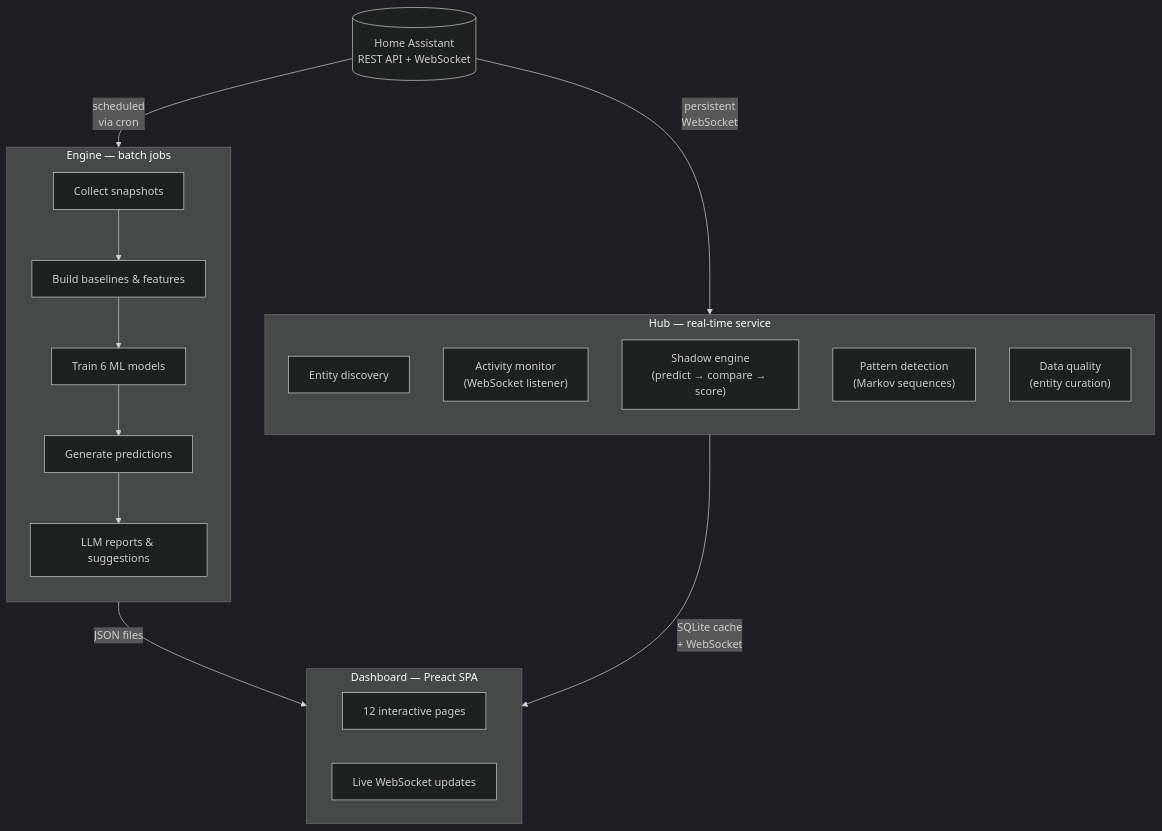
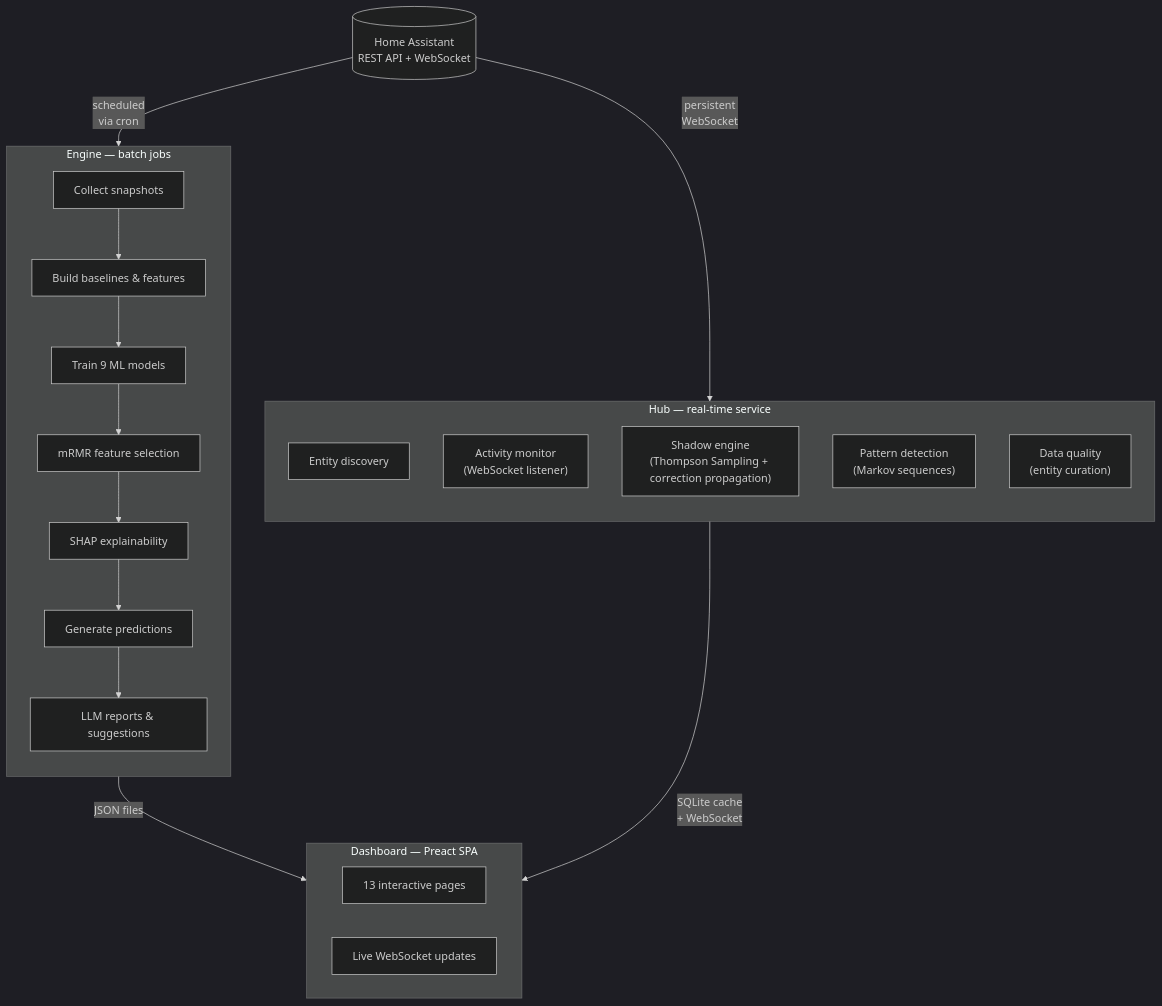
One commit to parthalon025/ha-aria changed the first of 2 diagrams in README.md. Above: the diagram before and after it, drawn with Mermaid (dark theme). The commit also changed other lines of this file and 1 other file, not shown here.

````diff
--- a/README.md
+++ b/README.md
@@ -125,33 +130,35 @@
 ```mermaid
 flowchart TB
     HA[("Home Assistant\nREST API + WebSocket")]
 
     subgraph Engine ["Engine — batch jobs"]
         direction TB
         E1["Collect snapshots"]
         E2["Build baselines & features"]
-        E3["Train 6 ML models"]
+        E3["Train 9 ML models"]
+        E3a["mRMR feature selection"]
+        E3b["SHAP explainability"]
         E4["Generate predictions"]
         E5["LLM reports & suggestions"]
-        E1 --> E2 --> E3 --> E4 --> E5
+        E1 --> E2 --> E3 --> E3a --> E3b --> E4 --> E5
     end
 
     subgraph Hub ["Hub — real-time service"]
         direction TB
         H1["Entity discovery"]
         H2["Activity monitor\n(WebSocket listener)"]
-        H3["Shadow engine\n(predict → compare → score)"]
+        H3["Shadow engine\n(Thompson Sampling + correction propagation)"]
         H4["Pattern detection\n(Markov sequences)"]
         H5["Data quality\n(entity curation)"]
     end
 
     subgraph Dash ["Dashboard — Preact SPA"]
-        D1["12 interactive pages"]
+        D1["13 interactive pages"]
         D2["Live WebSocket updates"]
     end
 
     HA -- "scheduled\nvia cron" --> Engine
     HA -- "persistent\nWebSocket" --> Hub
     Engine -- "JSON files" --> Dash
     Hub -- "SQLite cache\n+ WebSocket" --> Dash
 ```
````
